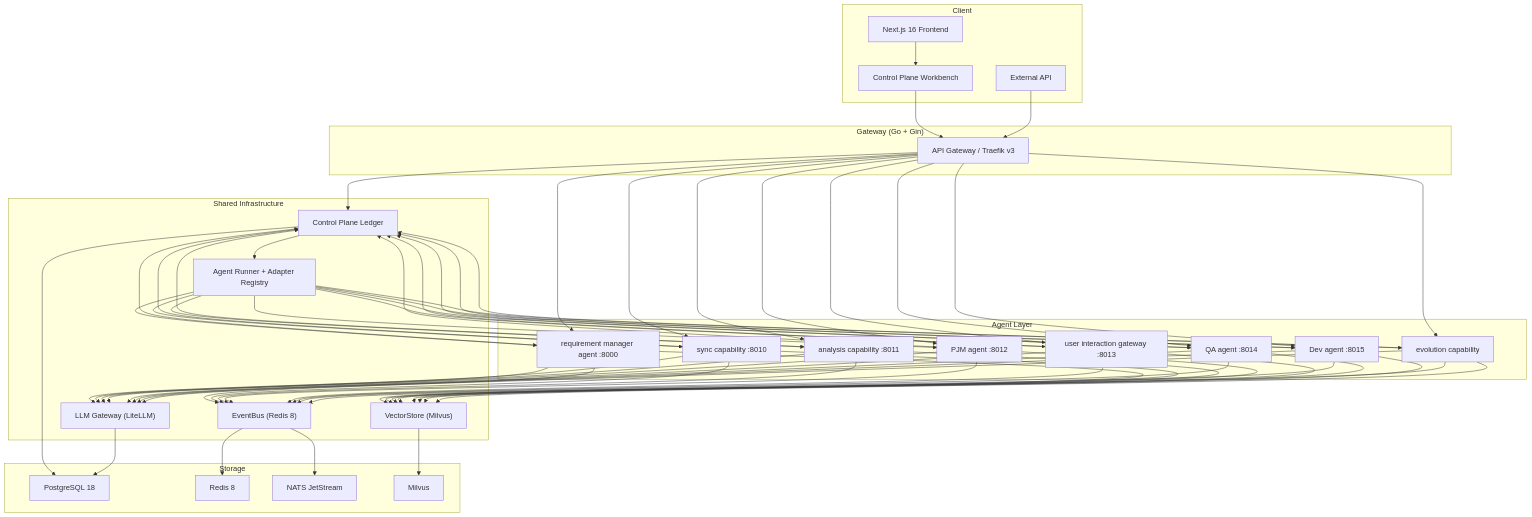
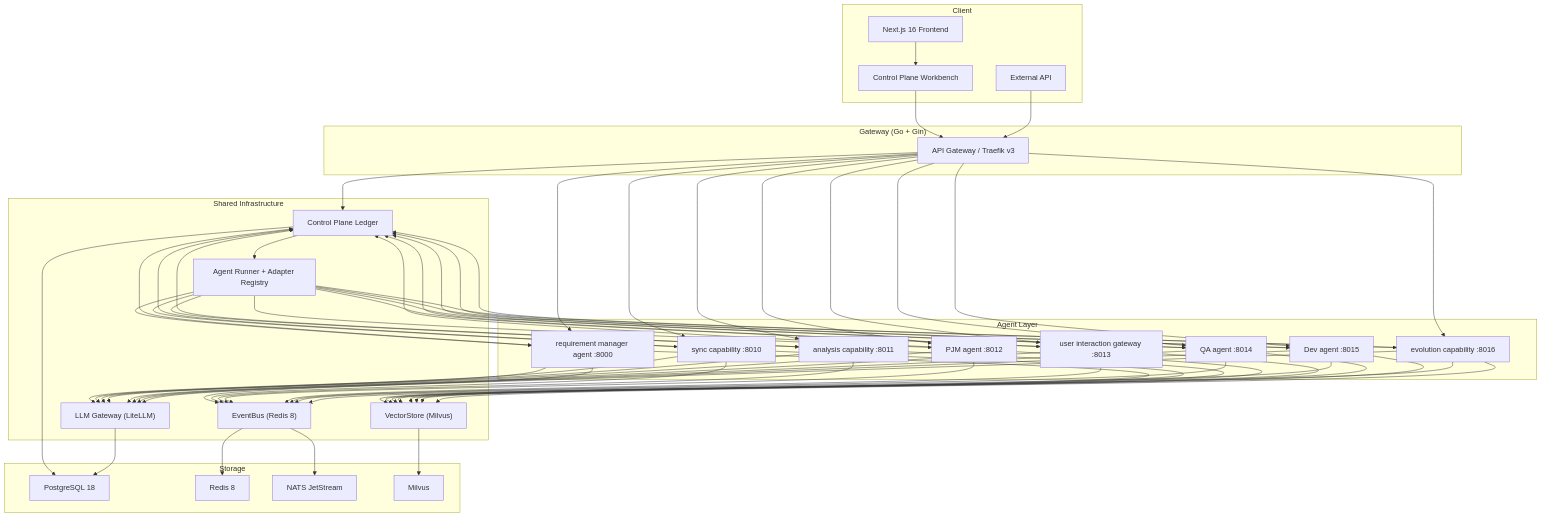
The diagram in docs/README.md (Wisdoverse/Wisdoverse-Cell), drawn with Mermaid before and after one commit. The commit also changed other lines of this file and 8 other files, not shown here.

Commit message:
fix: add evolution capability docker boundary

````diff
--- a/docs/README.md
+++ b/docs/README.md
@@ -28,51 +28,51 @@
 ```mermaid
 graph TD
     subgraph Client["Client"]
         FE["Next.js 16 Frontend"]
         WB["Control Plane Workbench"]
         ExtAPI["External API"]
     end
 
     subgraph Gateway["Gateway (Go + Gin)"]
         GW["API Gateway / Traefik v3"]
     end
 
     subgraph Agents["Agent Layer"]
         RM["requirement manager agent :8000"]
         SA["sync capability :8010"]
         AA["analysis capability :8011"]
         PM["PJM agent :8012"]
         CA["user interaction gateway :8013"]
         QA["QA agent :8014"]
         DA["Dev agent :8015"]
-        EA["evolution capability"]
+        EA["evolution capability :8016"]
     end
 
     subgraph Shared["Shared Infrastructure"]
         CP["Control Plane Ledger"]
         RUN["Agent Runner + Adapter Registry"]
         EB["EventBus (Redis 8)"]
         LLM["LLM Gateway (LiteLLM)"]
         VS["VectorStore (Milvus)"]
     end
 
     subgraph Storage["Storage"]
         PG["PostgreSQL 18"]
         RD["Redis 8"]
         NATS["NATS JetStream"]
         MV["Milvus"]
     end
 
     FE --> WB --> GW
     ExtAPI --> GW
     GW --> CP
     GW --> RM & SA & AA & PM & CA & QA & DA & EA
     CP --> RUN
     RUN --> RM & SA & AA & PM & CA & QA & DA & EA
     RM & SA & AA & PM & CA & QA & DA & EA --> CP & EB & LLM & VS
     CP --> PG
     EB --> RD
     LLM --> PG
     VS --> MV
     EB --> NATS
 ```
````
